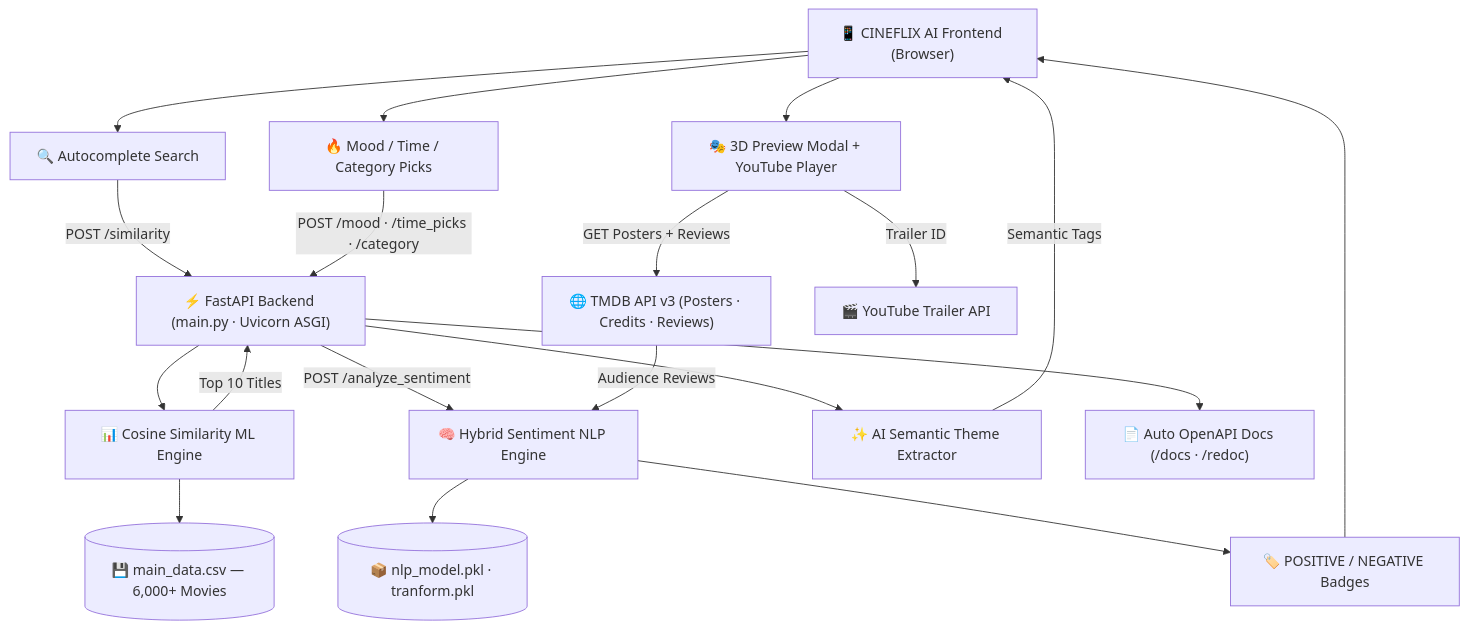
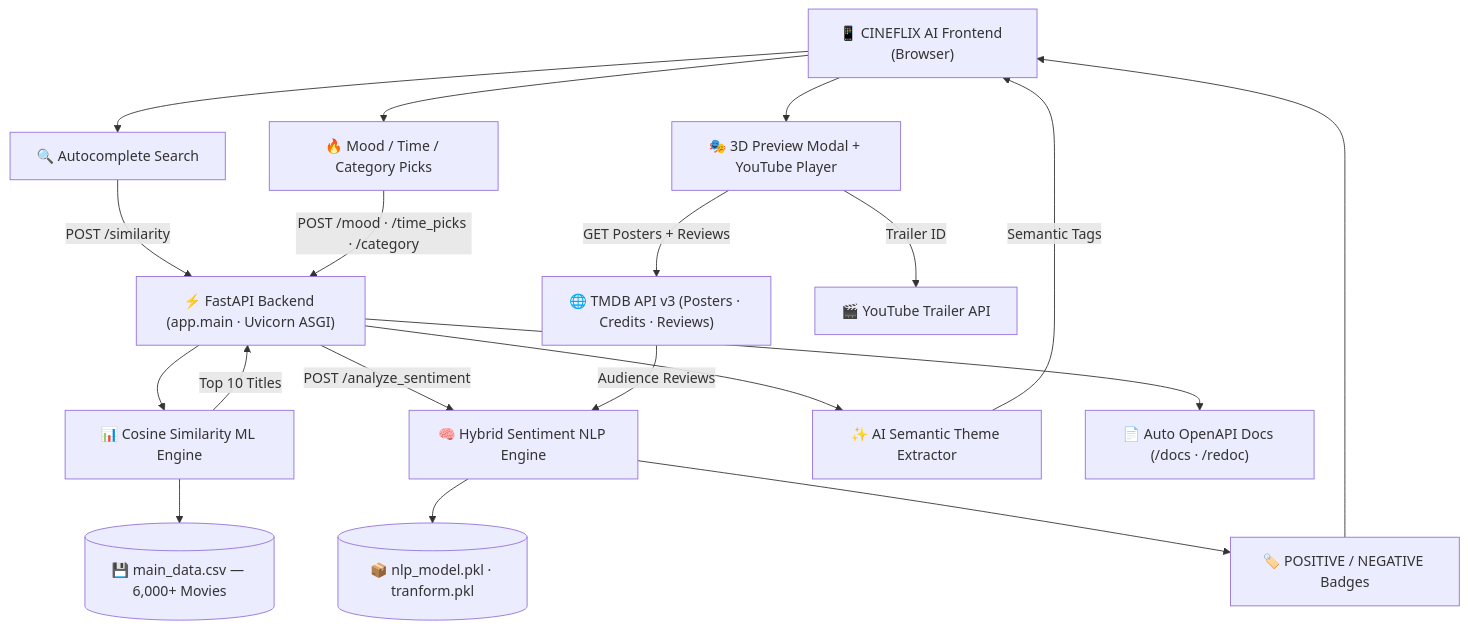
One commit to Prakhar2628/Movie-Recommendation-System-using-Sentiment-Analysis changed the diagram in README.md. Above: the diagram before and after it, drawn with Mermaid. The commit also changed other lines of this file, not shown here.

First line of the commit message:
docs: completely rewrite README — remove all Flask references, improve FastAPI section

````diff
--- a/README.md
+++ b/README.md
@@ -88,42 +88,42 @@
 ```mermaid
 graph TD
     UI["📱 CINEFLIX AI Frontend (Browser)"]
     Search["🔍 Autocomplete Search"]
     Picks["🔥 Mood / Time / Category Picks"]
     QuickView["🎭 3D Preview Modal + YouTube Player"]
 
-    FastAPI["⚡ FastAPI Backend (main.py · Uvicorn ASGI)"]
+    FastAPI["⚡ FastAPI Backend (app.main · Uvicorn ASGI)"]
     TMDB["🌐 TMDB API v3 (Posters · Credits · Reviews)"]
     YouTube["🎬 YouTube Trailer API"]
 
     Cosine["📊 Cosine Similarity ML Engine"]
     Dataset[("💾 main_data.csv — 6,000+ Movies")]
 
     NLP["🧠 Hybrid Sentiment NLP Engine"]
     NLPModels[("📦 nlp_model.pkl · tranform.pkl")]
     Badges["🏷️ POSITIVE / NEGATIVE Badges"]
 
     Theme["✨ AI Semantic Theme Extractor"]
     Docs["📄 Auto OpenAPI Docs (/docs · /redoc)"]
 
     UI --> Search
     UI --> Picks
     UI --> QuickView
 
     Search -->|"POST /similarity"| FastAPI
     Picks -->|"POST /mood · /time_picks · /category"| FastAPI
     QuickView -->|"GET Posters + Reviews"| TMDB
     QuickView -->|"Trailer ID"| YouTube
 
     FastAPI --> Cosine
     Cosine --> Dataset
     Cosine -->|"Top 10 Titles"| FastAPI
 
     FastAPI -->|"POST /analyze_sentiment"| NLP
     TMDB -->|"Audience Reviews"| NLP
     NLP --> NLPModels
     NLP --> Badges --> UI
 
     FastAPI --> Theme -->|"Semantic Tags"| UI
     FastAPI --> Docs
 ```
````
